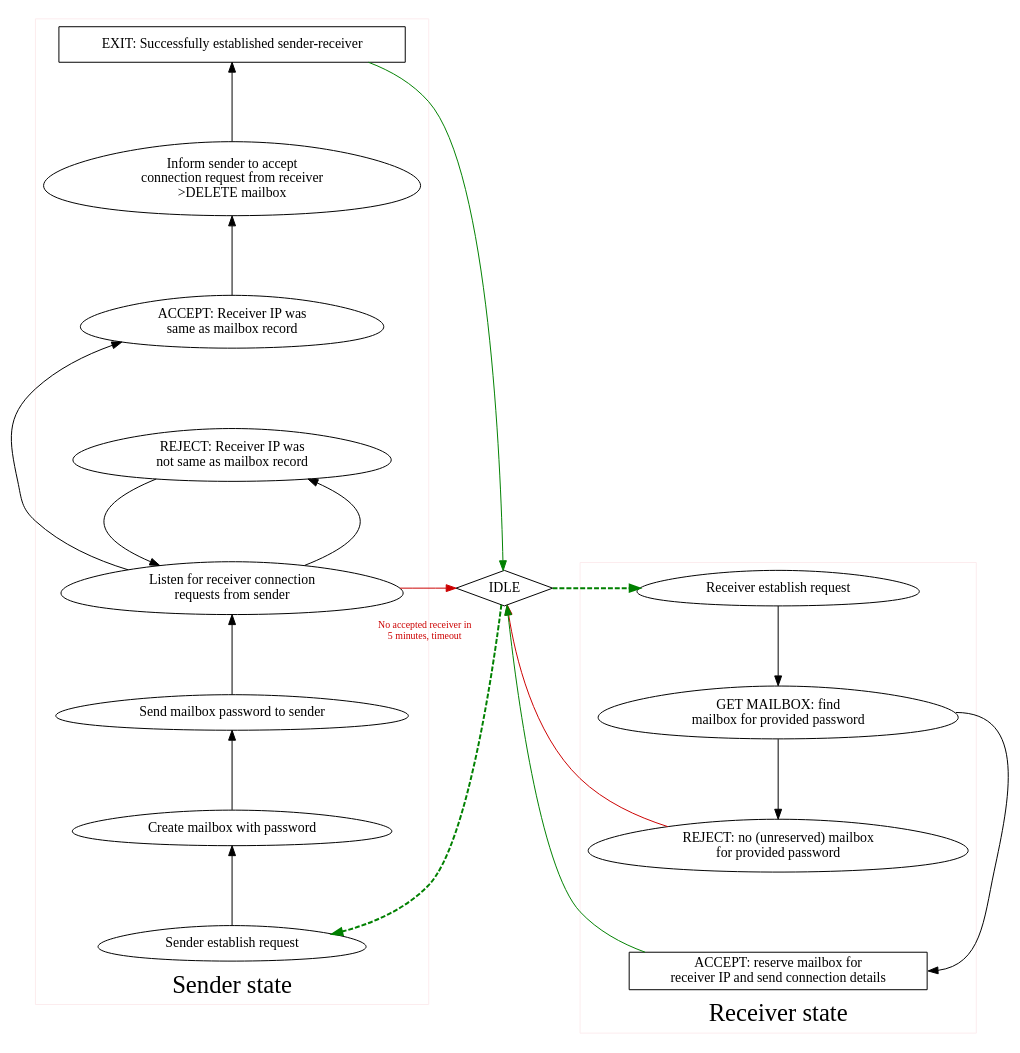
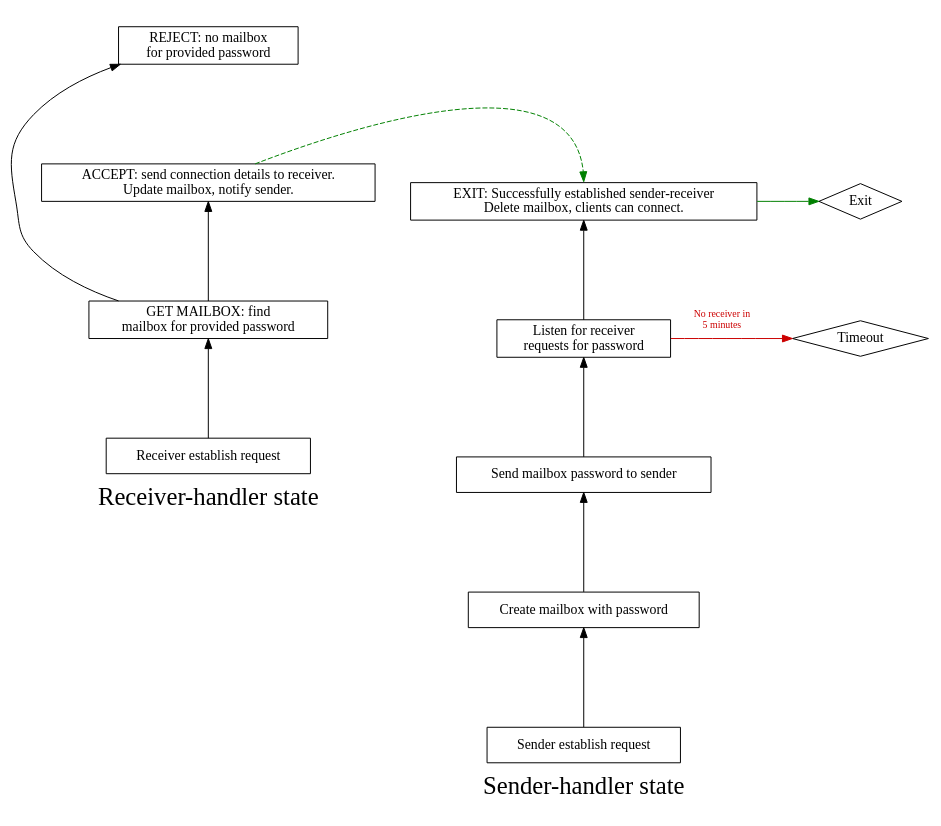
Before and after one commit to SpatiumPortae/portal: the diagram in assets/rendezvous-server-state.dot, drawn with Graphviz. The commit also changed 2 other files, not shown here.

Commit message:
update state diagram

```diff
--- a/assets/rendezvous-server-state.dot
+++ b/assets/rendezvous-server-state.dot
@@ -1,69 +1,54 @@
 digraph G {
 
   subgraph cluster_sender_state {
-    node [shape=egg]
+    node [shape=box]
 
     SENDERREQUEST [label="Sender establish request"]
     CREATEMAILBOX [label="Create mailbox with password"]
     SENDMAILBOX [label="Send mailbox password to sender"]
-    WAITRECEIVER [label="Listen for receiver connection\n requests from sender"]
-    ACCEPTRECEIVER [label="ACCEPT: Receiver IP was \nsame as mailbox record"]
-    REJECTRECEIVER [label="REJECT: Receiver IP was \nnot same as mailbox record"]
-    WRAPUP [label="Inform sender to accept\nconnection request from receiver\n >DELETE mailbox"]
-    CLOSE [label="EXIT: Successfully established sender-receiver"] [shape=box]
+    WAITRECEIVER [label="Listen for receiver\nrequests for password"]
+    CLOSE [label="EXIT: Successfully established sender-receiver\nDelete mailbox, clients can connect."] [shape=box]
 
     SENDERREQUEST -> CREATEMAILBOX
-
     CREATEMAILBOX -> SENDMAILBOX
     SENDMAILBOX -> WAITRECEIVER
+    WAITRECEIVER -> CLOSE
 
-    WAITRECEIVER -> REJECTRECEIVER
-    REJECTRECEIVER -> WAITRECEIVER [constraint=false]
-
-    WAITRECEIVER -> ACCEPTRECEIVER
-    ACCEPTRECEIVER -> WRAPUP
-    WRAPUP -> CLOSE
-
-		label = "Sender state";
+		label = "Sender-handler state";
     fontsize = 25;
     labelloc = b;
-		color="#FCECEE";
+		color="#FFFFFF";
     rank = same;
 	}
 
   subgraph cluster_receiver_state {
-    node [shape=egg]
+    node [shape=box]
 
     RECEIVERREQUEST [label="Receiver establish request"]
     GETMAILBOX [label="GET MAILBOX: find\n mailbox for provided password"]
-    REJECTPASSWORD [label="REJECT: no (unreserved) mailbox\n for provided password"]
-    ACCEPTPASSWORD [label="ACCEPT: reserve mailbox for\n receiver IP and send connection details", shape=box]
+    REJECTPASSWORD [label="REJECT: no mailbox\n for provided password"]
+    ACCEPTPASSWORD [label="ACCEPT: send connection details to receiver.\nUpdate mailbox, notify sender.", shape=box]
 
-    RECEIVERREQUEST -> GETMAILBOX [constraint=false]
-    GETMAILBOX -> REJECTPASSWORD [constraint=false]
-    GETMAILBOX -> ACCEPTPASSWORD [constraint=false, tailport=e, headport=e]
+    RECEIVERREQUEST -> GETMAILBOX
+    GETMAILBOX -> REJECTPASSWORD
+    GETMAILBOX -> ACCEPTPASSWORD 
 
-    label = "Receiver state";
+    label = "Receiver-handler state";
     fontsize = 25;
     labelloc = b;
-		color="#FCECEE";
+		color="#FFFFFF";
     rank = same; 
 	}
 
-  IDLE [shape=diamond]
-  IDLE -> SENDERREQUEST [style=dashed, penwidth=2, color=green]
-  IDLE -> RECEIVERREQUEST [style=dashed, penwidth=2, color=green]
-  
-  WAITRECEIVER -> IDLE [taillabel="No accepted receiver in\n 5 minutes, timeout", labeldistance=5.0, labelangle=-60, 
-  labelfontcolor="#cc0000", labelfontsize=10, color="#cc0000"]
+  EXITPOINT [label="Exit", shape=diamond]
+  TIMEOUT  [label="Timeout", shape=diamond]
 
-  CLOSE -> IDLE [color=green]
+  WAITRECEIVER -> TIMEOUT [taillabel="No receiver in\n 5 minutes", labeldistance=5.5, labelangle=20, labelfontcolor="#cc0000", labelfontsize=10, color="#cc0000"]
+  ACCEPTPASSWORD -> CLOSE:n [style=dashed, color=green]
 
-  REJECTPASSWORD -> IDLE [constraint=false, color="#cc0000"]
-  ACCEPTPASSWORD -> IDLE [constraint=false, color=green]
+  CLOSE -> EXITPOINT [color=green]
 
   rankdir=LR;
   newrank=true;
-  nodesep=1.12;
-
+  nodesep=1.4;
 }
```
